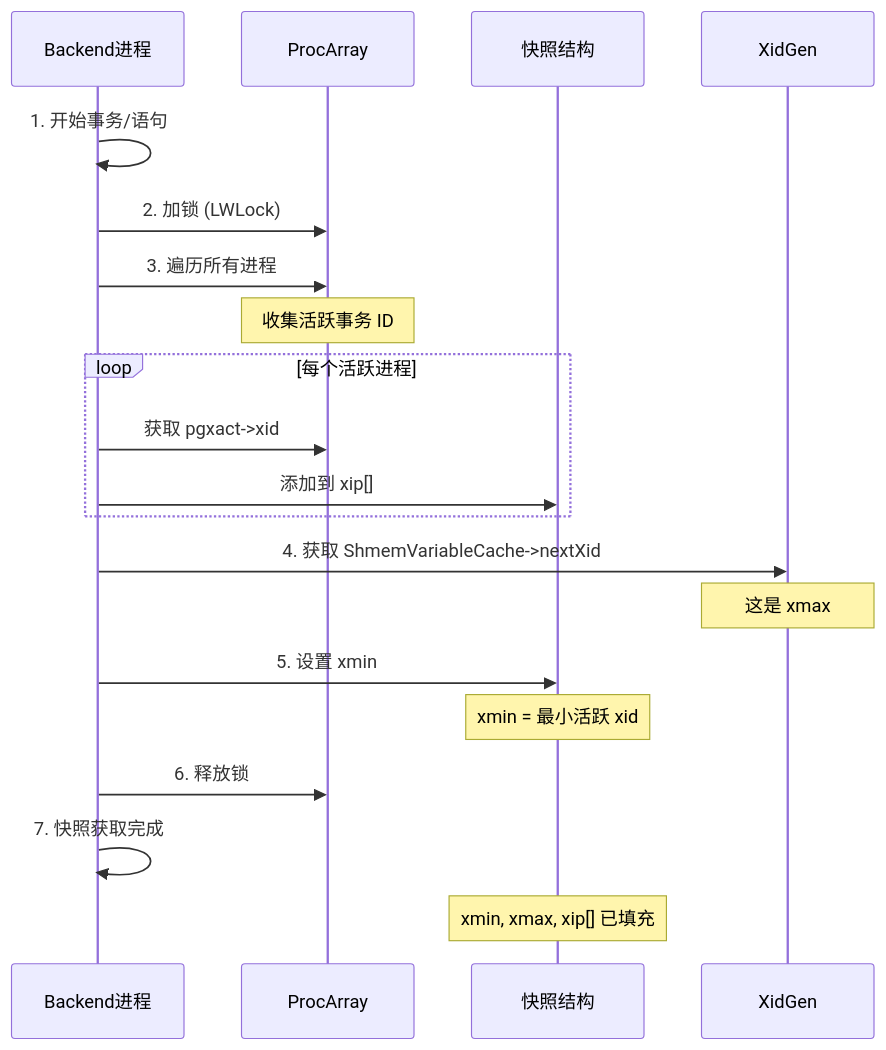
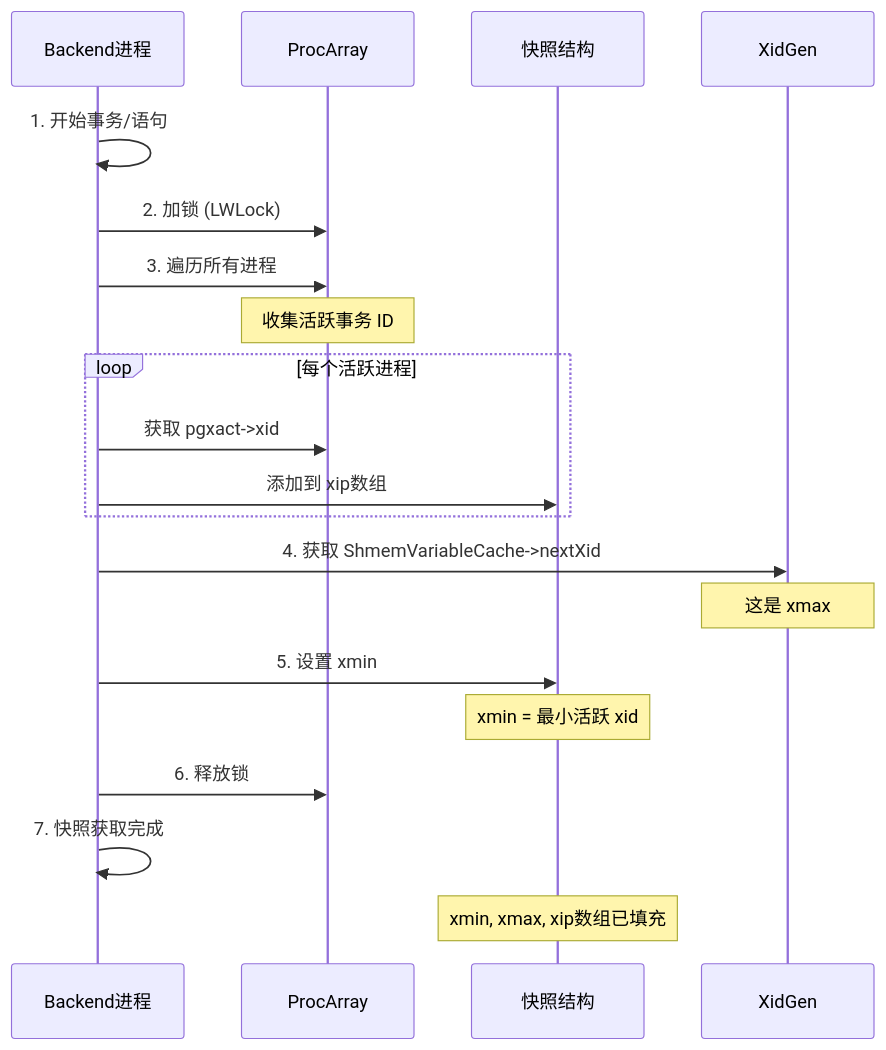
One commit to carlvinhust2012/MyStudy changed the third of 5 diagrams in Database/Postgre/postgre的快照机制分析.md. Above: the diagram before and after it, drawn with Mermaid. The commit also changed other lines of this file, not shown here.

Commit message:
update the postgre snapshot analysis

````diff
--- a/Database/Postgre/postgre的快照机制分析.md
+++ b/Database/Postgre/postgre的快照机制分析.md
@@ -156,30 +156,30 @@
 ```mermaid
 sequenceDiagram
     participant Backend as Backend进程
     participant ProcArray as ProcArray
     participant Snap as 快照结构
     participant XidGen as XidGen
 
     Backend->>Backend: 1. 开始事务/语句
 
     Backend->>ProcArray: 2. 加锁 (LWLock)
 
     Backend->>ProcArray: 3. 遍历所有进程
     Note over ProcArray: 收集活跃事务 ID
 
     loop 每个活跃进程
         Backend->>ProcArray: 获取 pgxact->xid
-        Backend->>Snap: 添加到 xip[]
+        Backend->>Snap: 添加到 xip数组
     end
 
     Backend->>XidGen: 4. 获取 ShmemVariableCache->nextXid
     Note over XidGen: 这是 xmax
 
     Backend->>Snap: 5. 设置 xmin
     Note over Snap: xmin = 最小活跃 xid
 
     Backend->>ProcArray: 6. 释放锁
 
     Backend->>Backend: 7. 快照获取完成
-    Note over Snap: xmin, xmax, xip[] 已填充
+    Note over Snap: xmin, xmax, xip数组已填充
 ```
````
